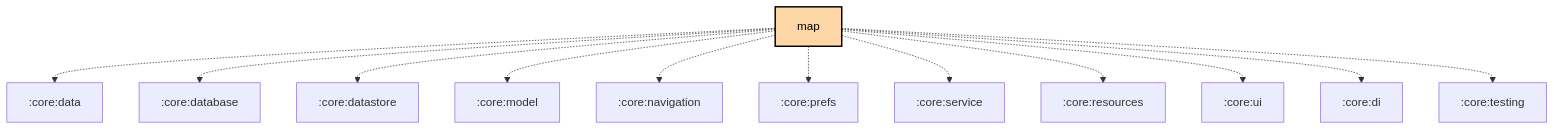
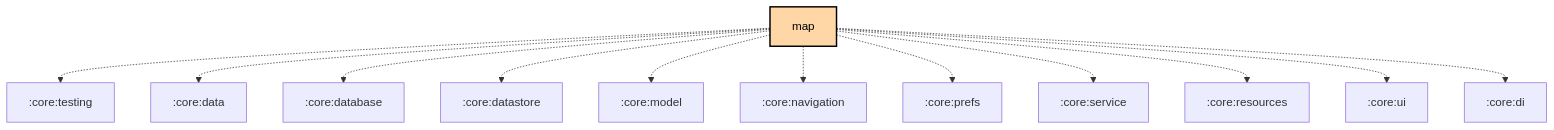
The diagram in feature/map/README.md (meshtastic/Meshtastic-Android), drawn with Mermaid before and after one commit. The commit also changed other lines of this file, not shown here.

Commit message:
chore: Scheduled updates (Graphs, Baseline Profile) (#6237)

````diff
--- a/feature/map/README.md
+++ b/feature/map/README.md
@@ -45,29 +45,29 @@
 ```mermaid
 graph TB
   :feature:map[map]:::kmp-feature
+  :feature:map -.-> :core:testing
   :feature:map -.-> :core:data
   :feature:map -.-> :core:database
   :feature:map -.-> :core:datastore
   :feature:map -.-> :core:model
   :feature:map -.-> :core:navigation
   :feature:map -.-> :core:prefs
   :feature:map -.-> :core:service
   :feature:map -.-> :core:resources
   :feature:map -.-> :core:ui
   :feature:map -.-> :core:di
-  :feature:map -.-> :core:testing
 
 classDef android-application fill:#CAFFBF,stroke:#000,stroke-width:2px,color:#000;
 classDef android-application-compose fill:#CAFFBF,stroke:#000,stroke-width:2px,color:#000;
 classDef compose-desktop-application fill:#CAFFBF,stroke:#000,stroke-width:2px,color:#000;
 classDef android-feature fill:#FFD6A5,stroke:#000,stroke-width:2px,color:#000;
 classDef android-library fill:#9BF6FF,stroke:#000,stroke-width:2px,color:#000;
 classDef android-library-compose fill:#9BF6FF,stroke:#000,stroke-width:2px,color:#000;
 classDef android-test fill:#A0C4FF,stroke:#000,stroke-width:2px,color:#000;
 classDef jvm-library fill:#BDB2FF,stroke:#000,stroke-width:2px,color:#000;
 classDef kmp-feature fill:#FFD6A5,stroke:#000,stroke-width:2px,color:#000;
 classDef kmp-library-compose fill:#FFC1CC,stroke:#000,stroke-width:2px,color:#000;
 classDef kmp-library fill:#FFC1CC,stroke:#000,stroke-width:2px,color:#000;
 classDef unknown fill:#FFADAD,stroke:#000,stroke-width:2px,color:#000;
 
 ```
````
